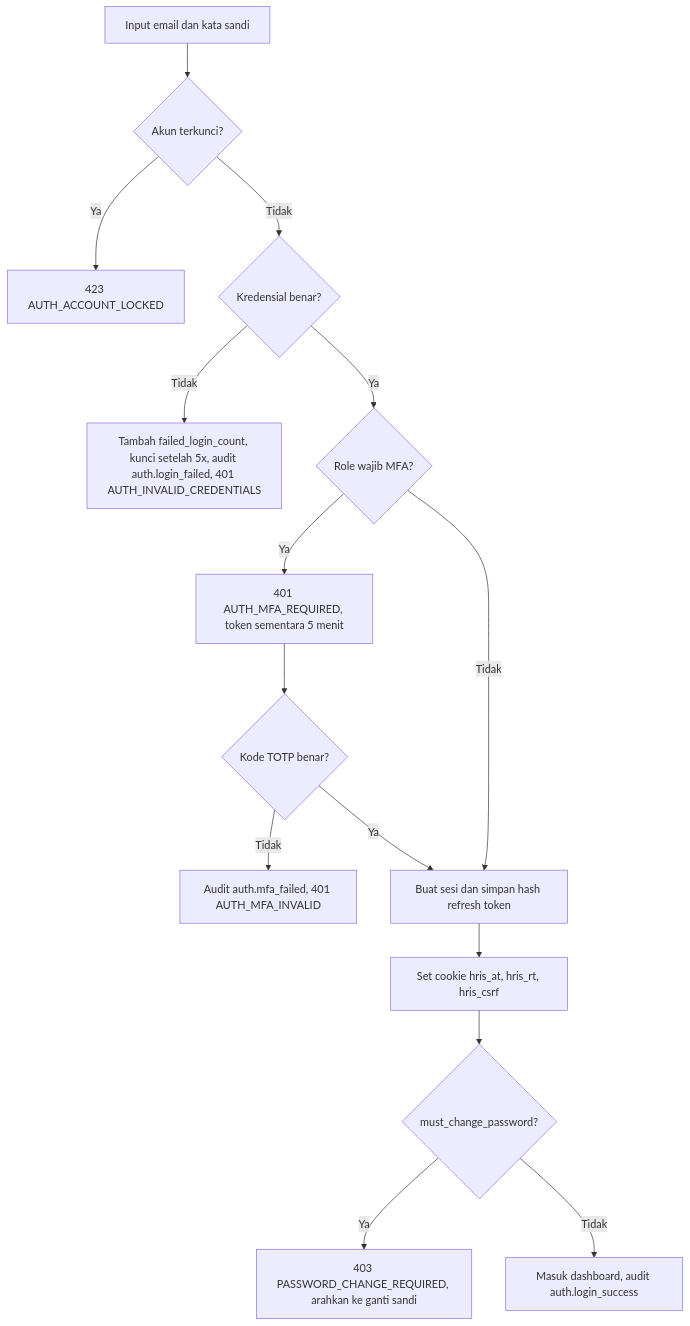
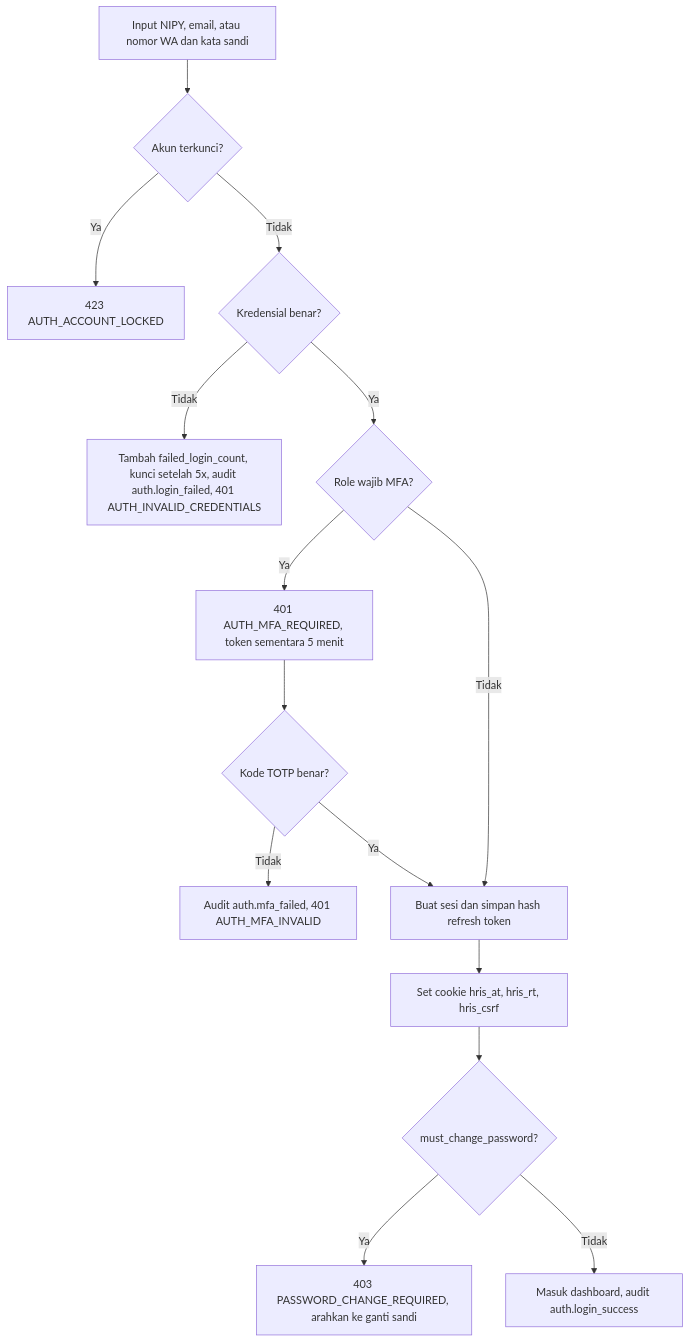
Before and after one commit to rzarxx/HRIS: the fourth of 29 diagrams in MASTER.md, drawn with Mermaid. The commit also changed other lines of this file and 62 other files, not shown here.

First line of the commit message:
feat: cabang, data Pejuang dan anak, kata sandi awal, login NIPY/email/WA (D53)

````diff
--- a/MASTER.md
+++ b/MASTER.md
@@ -936,17 +947,17 @@
 ```mermaid
 flowchart TD
-    A["Input email dan kata sandi"] --> B{"Akun terkunci?"}
+    A["Input NIPY, email, atau nomor WA dan kata sandi"] --> B{"Akun terkunci?"}
     B -- Ya --> B1["423 AUTH_ACCOUNT_LOCKED"]
     B -- Tidak --> C{"Kredensial benar?"}
     C -- Tidak --> C1["Tambah failed_login_count, kunci setelah 5x, audit auth.login_failed, 401 AUTH_INVALID_CREDENTIALS"]
     C -- Ya --> D{"Role wajib MFA?"}
     D -- Ya --> E["401 AUTH_MFA_REQUIRED, token sementara 5 menit"]
     E --> F{"Kode TOTP benar?"}
     F -- Tidak --> F1["Audit auth.mfa_failed, 401 AUTH_MFA_INVALID"]
     F -- Ya --> G["Buat sesi dan simpan hash refresh token"]
     D -- Tidak --> G
     G --> H["Set cookie hris_at, hris_rt, hris_csrf"]
     H --> I{"must_change_password?"}
     I -- Ya --> J["403 PASSWORD_CHANGE_REQUIRED, arahkan ke ganti sandi"]
     I -- Tidak --> K["Masuk dashboard, audit auth.login_success"]
 ```
````
